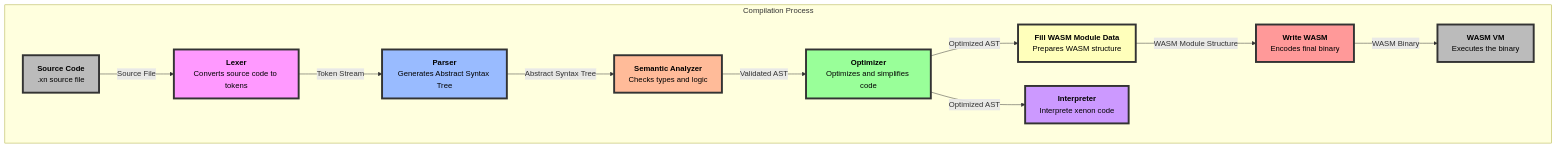
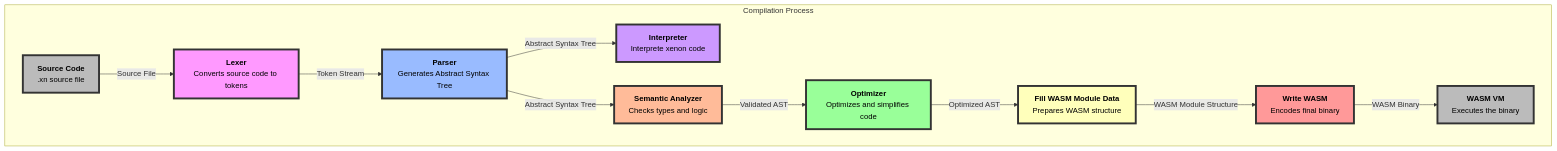
The diagram in README.md (Xenon-Lang-Org/docs), drawn with Mermaid before and after one commit. The commit also changed 2 other files, not shown here.

Commit message:
Fix interpreter in mermaid diagram

````diff
--- a/README.md
+++ b/README.md
@@ -60,23 +60,23 @@
 ```mermaid
 graph TD
     style A fill:#ff99ff,stroke:#333333,stroke-width:4px
     style B fill:#99bbff,stroke:#333333,stroke-width:4px
     style C fill:#ffbb99,stroke:#333333,stroke-width:4px
     style D fill:#9f9,stroke:#333,stroke-width:4px
     style E fill:#ffb,stroke:#333,stroke-width:4px
     style F fill:#f99,stroke:#333,stroke-width:4px
     style G fill:#bbb,stroke:#333,stroke-width:4px
     style H fill:#c9f,stroke:#333,stroke-width:4px
     style S fill:#bbb,stroke:#333,stroke-width:4px
 
     subgraph Compilation Process
         S["<b style='color:black'>Source Code</b><br/><span style='color:black'>.xn source file</span>"] -->|Source File| A["<b style='color:black'>Lexer</b><br/><span style='color:black'>Converts source code to tokens</span>"]
         A -->|Token Stream| B["<b style='color:black'>Parser</b><br/><span style='color:black'>Generates Abstract Syntax Tree</span>"]
+        B -->|Abstract Syntax Tree| H["<b style='color:black'>Interpreter</b><br/><span style='color:black'>Interprete xenon code</span>"]
         B -->|Abstract Syntax Tree| C["<b style='color:black'>Semantic Analyzer</b><br/><span style='color:black'>Checks types and logic</span>"]
         C -->|Validated AST| D["<b style='color:black'>Optimizer</b><br/><span style='color:black'>Optimizes and simplifies code</span>"]
         D -->|Optimized AST| E["<b style='color:black'>Fill WASM Module Data</b><br/><span style='color:black'>Prepares WASM structure</span>"]
         E -->|WASM Module Structure| F["<b style='color:black'>Write WASM</b><br/><span style='color:black'>Encodes final binary</span>"]
         F -->|WASM Binary| G["<b style='color:black'>WASM VM</b><br/><span style='color:black'>Executes the binary</span>"]
-        D -->|Optimized AST| H["<b style='color:black'>Interpreter</b><br/><span style='color:black'>Interprete xenon code</span>"]
     end
 ```
````
